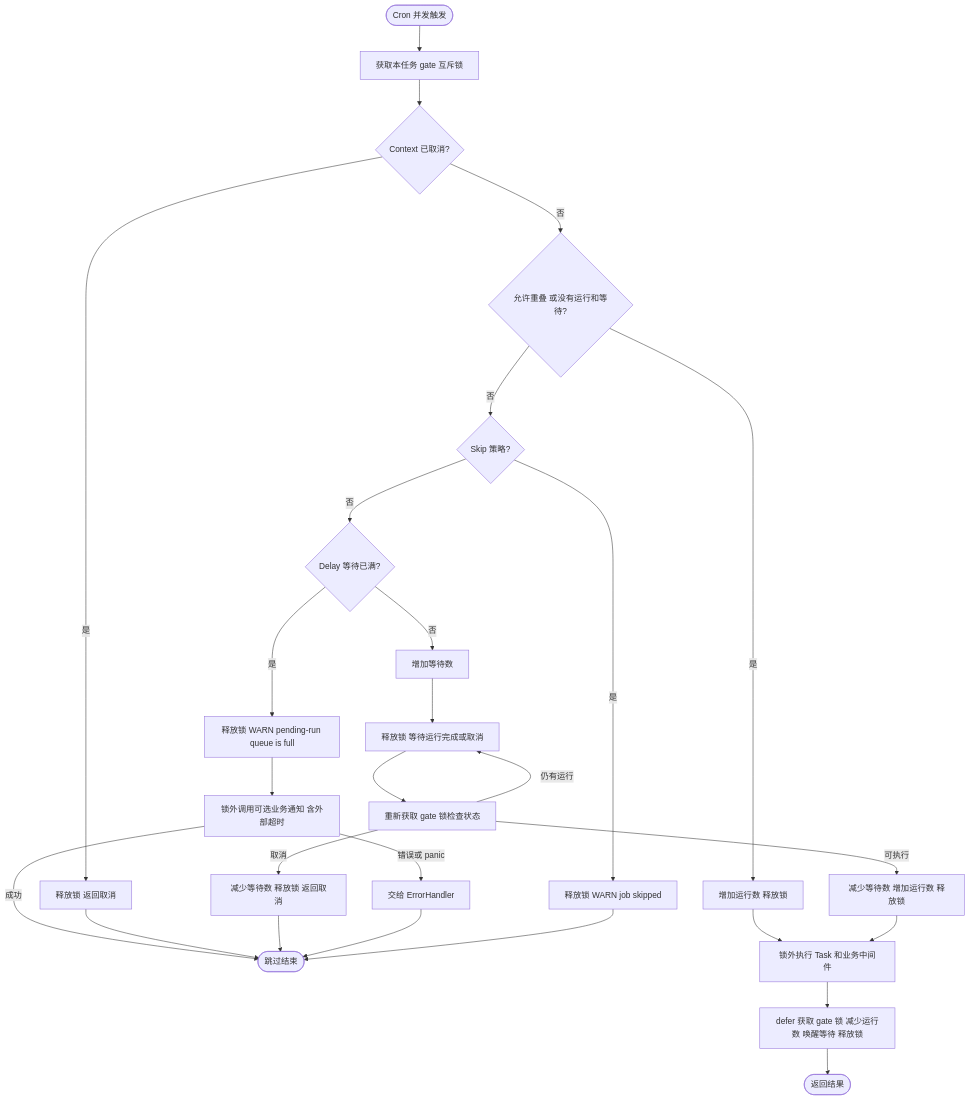
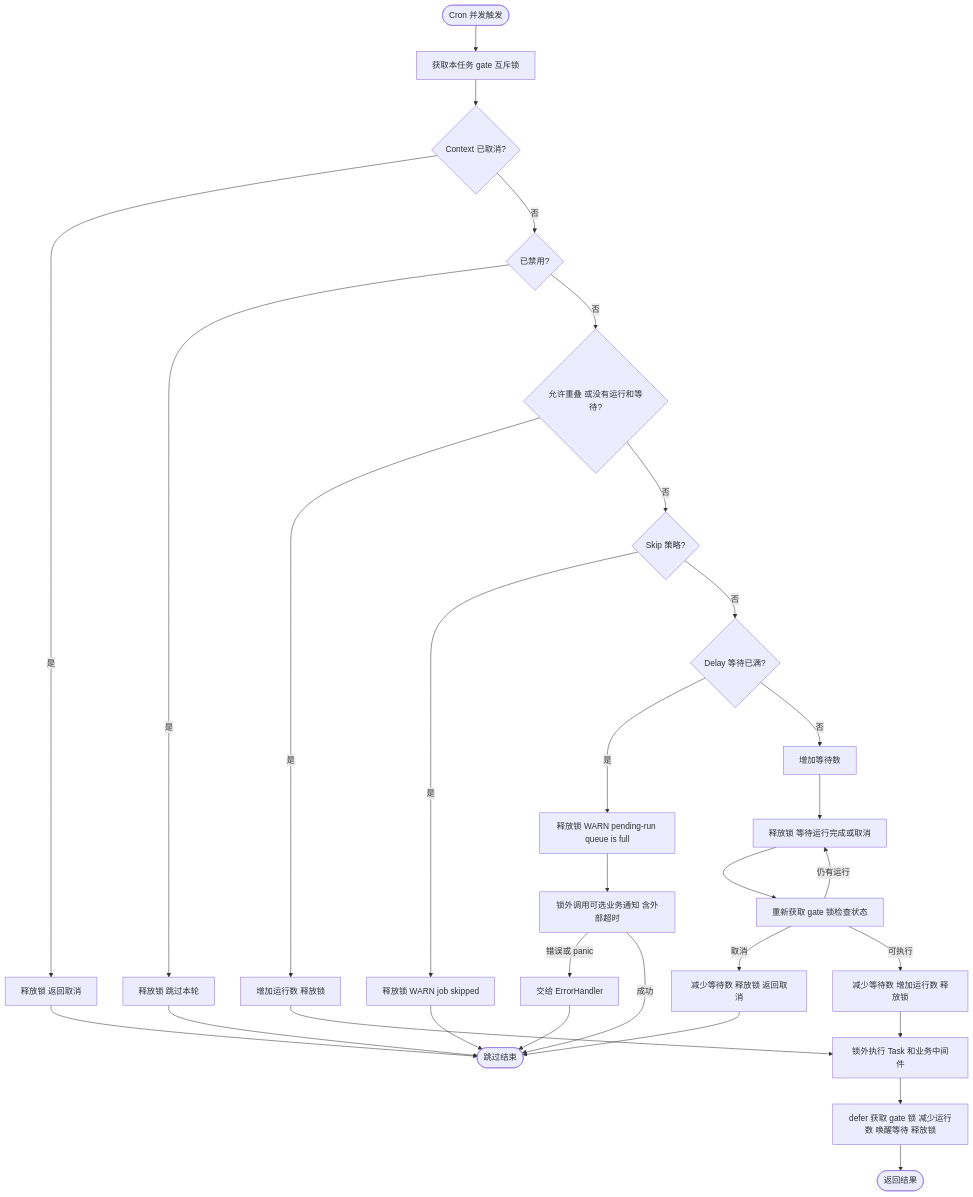
The second of 6 diagrams in pkg/job/README.md (jaggerzhuang1994/kratos-foundation), drawn with Mermaid before and after one commit. The commit also changed other lines of this file and 16 other files, not shown here.

````diff
--- a/pkg/job/README.md
+++ b/pkg/job/README.md
@@ -98,25 +106,28 @@
 ```mermaid
 flowchart TD
  A([Cron 并发触发]) --> B[获取本任务 gate 互斥锁]
  B --> C{Context 已取消?}
  C -- 是 --> R[释放锁 返回取消]
- C -- 否 --> D{允许重叠 或没有运行和等待?}
+ C -- 否 --> C1{已禁用?}
+ C1 -- 是 --> C2[释放锁 跳过本轮]
+ C2 --> Z
+ C1 -- 否 --> D{允许重叠 或没有运行和等待?}
  D -- 是 --> E[增加运行数 释放锁]
  D -- 否 --> F{Skip 策略?}
  F -- 是 --> S[释放锁 WARN job skipped]
  F -- 否 --> G{Delay 等待已满?}
  G -- 是 --> H[释放锁 WARN pending-run queue is full]
  H --> I[锁外调用可选业务通知 含外部超时]
  I -- 错误或 panic --> J[交给 ErrorHandler]
  I -- 成功 --> Z([跳过结束])
  G -- 否 --> K[增加等待数]
  K --> K1[释放锁 等待运行完成或取消]
  K1 --> L[重新获取 gate 锁检查状态]
  L -- 取消 --> M[减少等待数 释放锁 返回取消]
  L -- 仍有运行 --> K1
  L -- 可执行 --> N[减少等待数 增加运行数 释放锁]
  E & N --> O[锁外执行 Task 和业务中间件]
  O --> P[defer 获取 gate 锁 减少运行数 唤醒等待 释放锁]
  P --> T([返回结果])
  R & M & J & S --> Z
 ```
````
